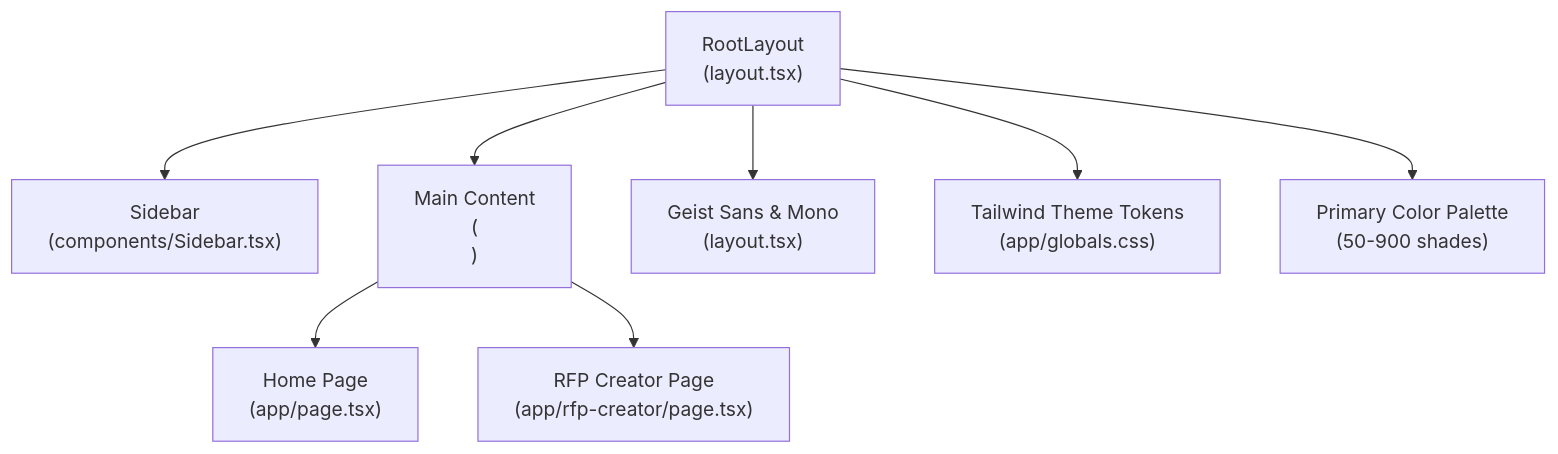
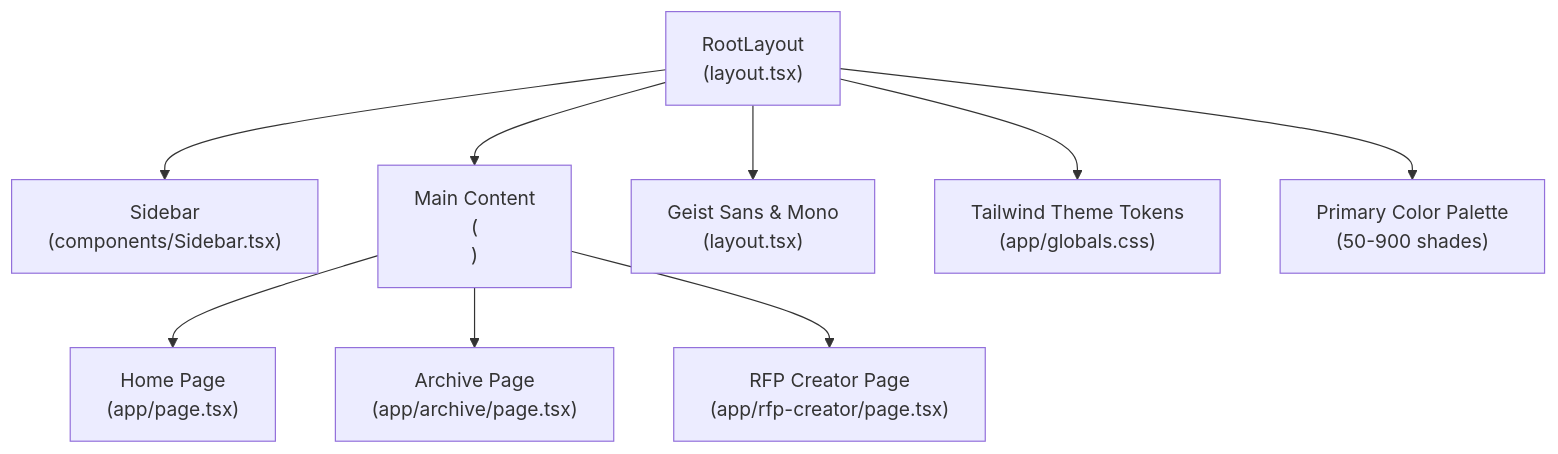
One commit to alexandreybasta-cyber/dubai-media-ai changed the first of 2 diagrams in .qoder/repowiki/en/content/Frontend Application/Application Layout & Navigation.md. Above: the diagram before and after it, drawn with Mermaid. The commit also changed other lines of this file and 55 other files, not shown here.

````diff
--- a/.qoder/repowiki/en/content/Frontend Application/Application Layout & Navigation.md
+++ b/.qoder/repowiki/en/content/Frontend Application/Application Layout & Navigation.md
@@ -50,10 +56,11 @@
 ```mermaid
 graph TB
 RootLayout["RootLayout<br/>(layout.tsx)"] --> Sidebar["Sidebar<br/>(components/Sidebar.tsx)"]
 RootLayout --> Main["Main Content<br/>(<main>)"]
 Main --> PageHome["Home Page<br/>(app/page.tsx)"]
+Main --> PageArchive["Archive Page<br/>(app/archive/page.tsx)"]
 Main --> PageCreator["RFP Creator Page<br/>(app/rfp-creator/page.tsx)"]
 RootLayout --> Fonts["Geist Sans & Mono<br/>(layout.tsx)"]
 RootLayout --> Theme["Tailwind Theme Tokens<br/>(app/globals.css)"]
 RootLayout --> Colors["Primary Color Palette<br/>(50-900 shades)"]
 ```
````
